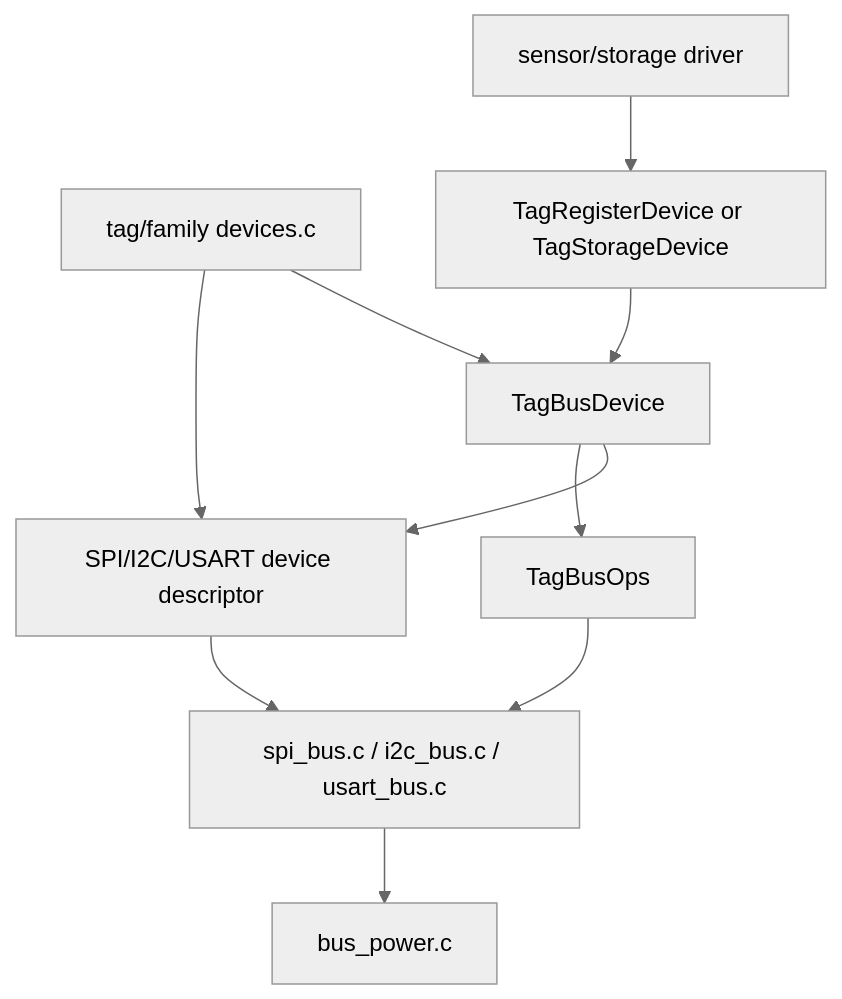
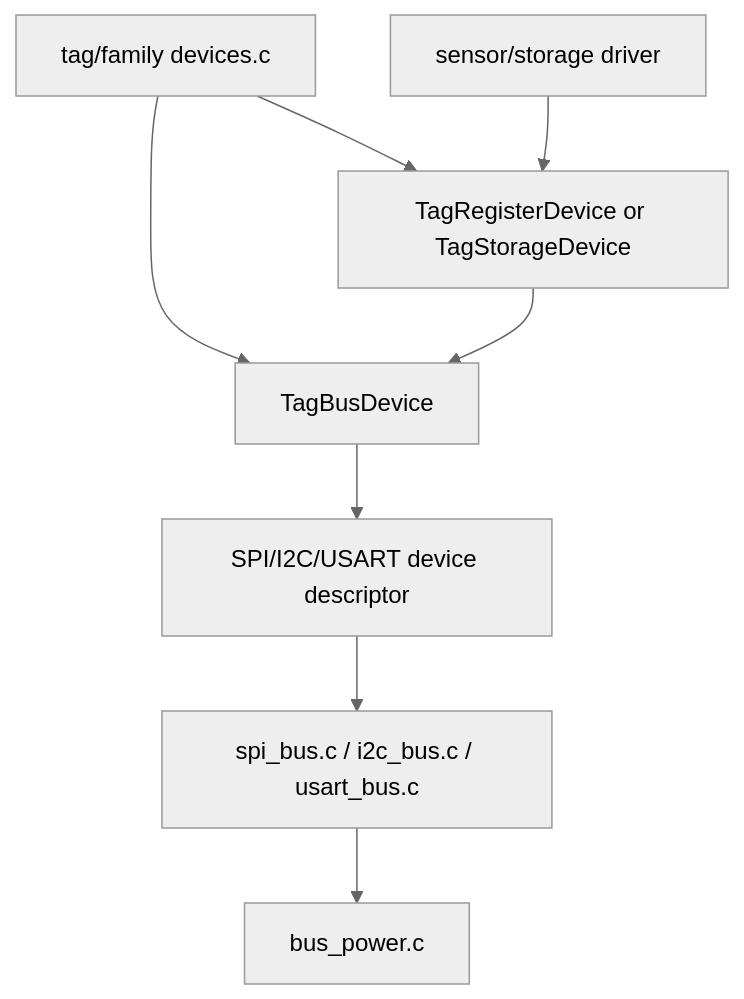
Before and after one commit to tag-designs/software: the first of 2 diagrams in embedded/tags/common/core/README.md, drawn with Mermaid (neutral theme). The commit also changed other lines of this file and 41 other files, not shown here.

````diff
--- a/embedded/tags/common/core/README.md
+++ b/embedded/tags/common/core/README.md
@@ -56,17 +56,15 @@
 ```mermaid
 flowchart TD
   DeviceFile["tag/family devices.c"]
   Driver["sensor/storage driver"]
 
-  DeviceFile --> TypedDevice["SPI/I2C/USART device descriptor"]
   DeviceFile --> BusDevice["TagBusDevice"]
-  BusDevice --> BusOps["TagBusOps"]
-  BusDevice --> TypedDevice
+  BusDevice --> TypedDevice["SPI/I2C/USART device descriptor"]
+  DeviceFile --> RegisterDevice["TagRegisterDevice"]
 
   Driver --> RegisterDevice["TagRegisterDevice or TagStorageDevice"]
   RegisterDevice --> BusDevice
 
-  BusOps --> BusModule["spi_bus.c / i2c_bus.c / usart_bus.c"]
-  TypedDevice --> BusModule
+  TypedDevice --> BusModule["spi_bus.c / i2c_bus.c / usart_bus.c"]
   BusModule --> BusPower["bus_power.c"]
 ```
````
